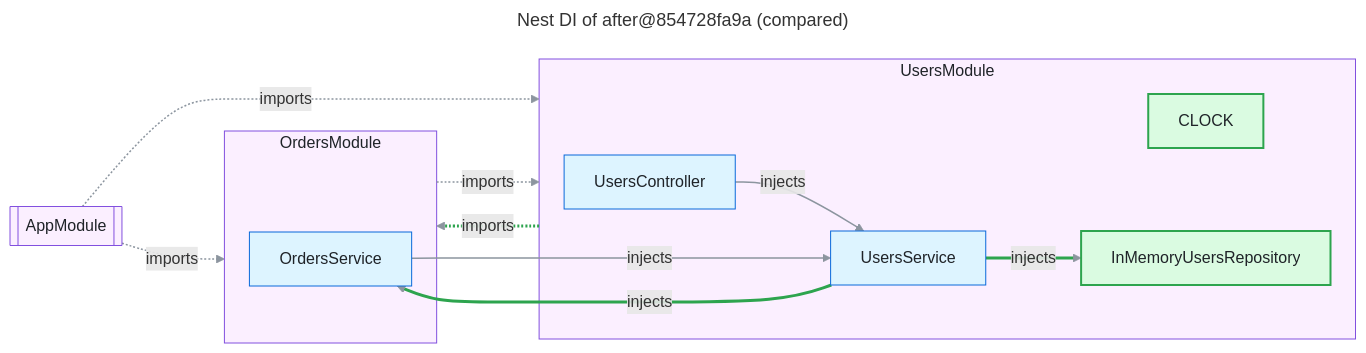
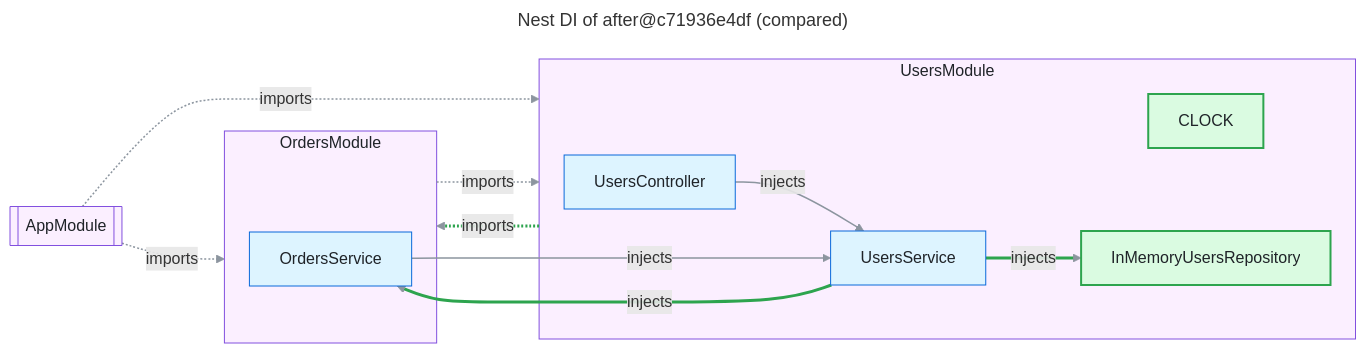
The diagram in examples/nest-shop/nest-compare.mmd (FullFran/archsieve), drawn with Mermaid before and after one commit. The commit also changed 26 other files, not shown here.

```diff
--- a/examples/nest-shop/nest-compare.mmd
+++ b/examples/nest-shop/nest-compare.mmd
@@ -1,38 +1,38 @@
 ---
-title: "Nest DI of after@854728fa9a (compared)"
+title: "Nest DI of after@c71936e4df (compared)"
 ---
 flowchart LR
   n1[["AppModule"]]:::module
   subgraph n2["OrdersModule"]
     n4["OrdersService"]:::code
   end
   style n2 fill:#fbefff,stroke:#8250df,color:#1f2328
   subgraph n3["UsersModule"]
     n0["UsersController"]:::code
     n5["CLOCK"]:::added
     n6["InMemoryUsersRepository"]:::added
     n7["UsersService"]:::code
   end
   style n3 fill:#fbefff,stroke:#8250df,color:#1f2328
   n0 -->|"injects"| n7
   n1 -.->|"imports"| n2
   n1 -.->|"imports"| n3
   n2 -.->|"imports"| n3
   n3 -.->|"imports"| n2
   n4 -->|"injects"| n7
   n7 -->|"injects"| n4
   n7 -->|"injects"| n6
   linkStyle default stroke:#8c959f,stroke-width:1.5px
   linkStyle 4 stroke:#2da44e,stroke-width:3px
   linkStyle 6 stroke:#2da44e,stroke-width:3px
   linkStyle 7 stroke:#2da44e,stroke-width:3px
   classDef code fill:#ddf4ff,stroke:#0969da,color:#1f2328
   classDef external fill:#fff8c5,stroke:#9a6700,color:#1f2328
   classDef module fill:#fbefff,stroke:#8250df,color:#1f2328
   classDef added fill:#dafbe1,stroke:#2da44e,stroke-width:2px,color:#1f2328
   classDef removed fill:#ffebe9,stroke:#cf222e,stroke-dasharray:4 3,color:#1f2328
   classDef boundary fill:#f6f8fa,stroke:#57606a,stroke-dasharray:6 4,color:#1f2328
   classDef container fill:#ddf4ff,stroke:#0969da,stroke-width:2px,color:#1f2328
   classDef unverified fill:#ffffff,stroke:#0969da,stroke-width:2px,stroke-dasharray:5 3,color:#1f2328
   classDef undeclared fill:#fff1e5,stroke:#bc4c00,stroke-width:2px,color:#1f2328
   classDef focus fill:#ddf4ff,stroke:#0969da,stroke-width:4px,color:#1f2328
```
